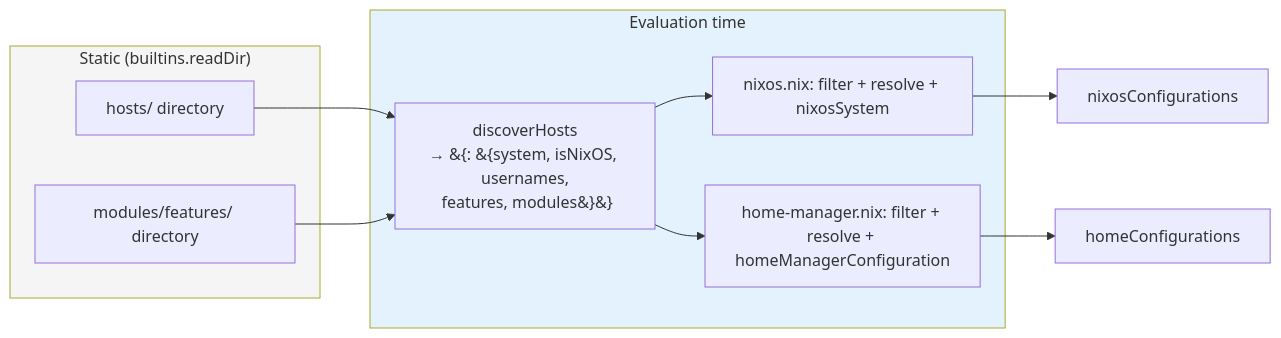
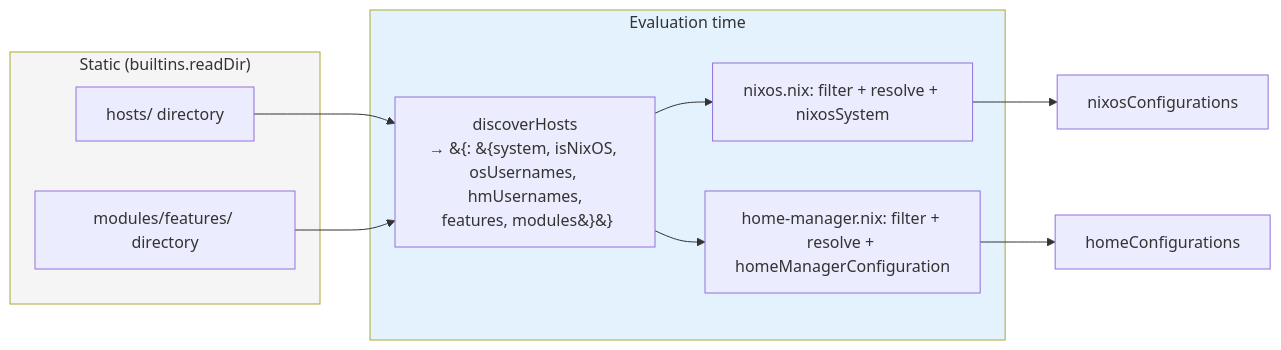
One commit to WombatFromHell/automatic-palm-tree changed the eighth of 8 diagrams in DESIGN.md. Above: the diagram before and after it, drawn with Mermaid. The commit also changed other lines of this file and 7 other files, not shown here.

````diff
--- a/DESIGN.md
+++ b/DESIGN.md
@@ -276,25 +278,25 @@
 ```mermaid
 graph LR
     subgraph Static ["Static (builtins.readDir)"]
         hosts["hosts/ directory"]
         features["modules/features/ directory"]
     end
 
     subgraph Eval ["Evaluation time"]
-        disc["discoverHosts\n→ &#123;<host>: &#123;system, isNixOS, usernames,\n features, modules&#125;&#125;"]
+        disc["discoverHosts\n→ &#123;<host>: &#123;system, isNixOS, osUsernames, hmUsernames,\n features, modules&#125;&#125;"]
         buildN["nixos.nix: filter + resolve + nixosSystem"]
         buildH["home-manager.nix: filter + resolve + homeManagerConfiguration"]
     end
 
     hosts --> disc
     features --> disc
 
     disc --> buildN
     disc --> buildH
 
     buildN --> nixosOut["nixosConfigurations"]
     buildH --> hmOut["homeConfigurations"]
 
     style Static fill:#f5f5f5
     style Eval fill:#e3f2fd
 ```
````
